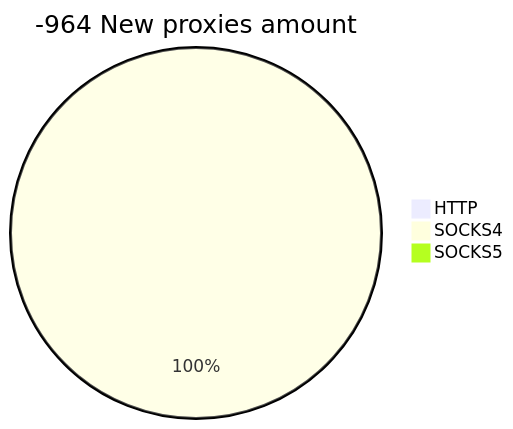
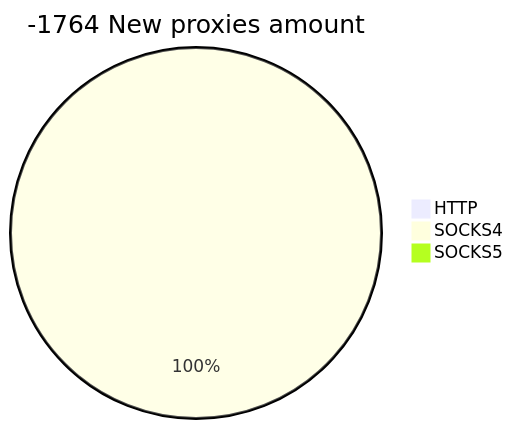
Before and after one commit to cutipu/proxylist: the second of 2 diagrams in README.md, drawn with Mermaid. The commit also changed other lines of this file, not shown here.

````diff
--- a/README.md
+++ b/README.md
@@ -10,6 +10,6 @@
 ```mermaid
-pie title -964 New proxies amount
+pie title -1764 New proxies amount
     "HTTP" : 0
     "SOCKS4" : 1
     "SOCKS5" : 0
 ```
````
